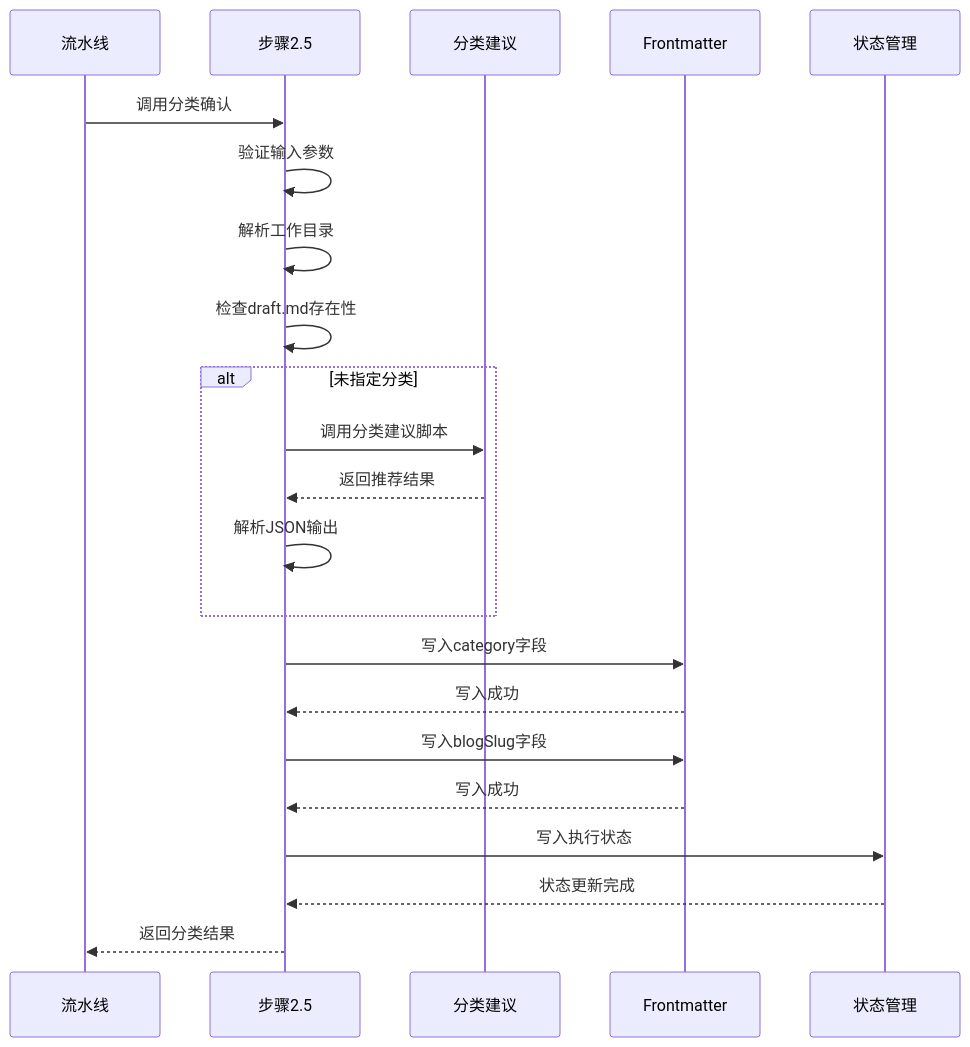
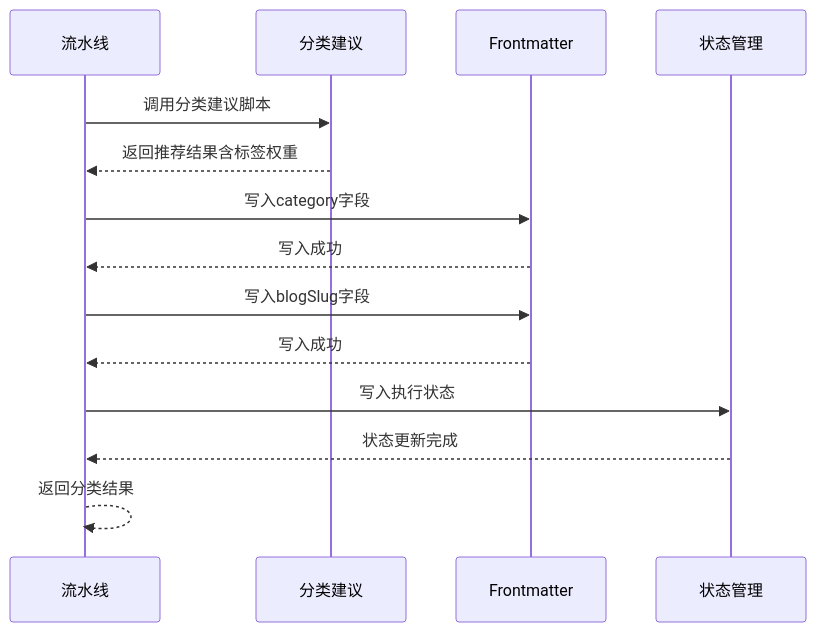
One commit to NTLx/ntlx.github.io changed the fourth of 7 diagrams in .qoder/repowiki/zh/content/AI 技能系统/发布自动化技能/微信文章写作管线/分类关键词系统.md. Above: the diagram before and after it, drawn with Mermaid. The commit also changed other lines of this file and 10 other files, not shown here.

````diff
--- a/.qoder/repowiki/zh/content/AI 技能系统/发布自动化技能/微信文章写作管线/分类关键词系统.md
+++ b/.qoder/repowiki/zh/content/AI 技能系统/发布自动化技能/微信文章写作管线/分类关键词系统.md
@@ -178,24 +193,16 @@
 ```mermaid
 sequenceDiagram
 participant Pipeline as 流水线
-participant Step25 as 步骤2.5
 participant Suggest as 分类建议
 participant Frontmatter as Frontmatter
 participant State as 状态管理
-Pipeline->>Step25 : 调用分类确认
-Step25->>Step25 : 验证输入参数
-Step25->>Step25 : 解析工作目录
-Step25->>Step25 : 检查draft.md存在性
-alt 未指定分类
-Step25->>Suggest : 调用分类建议脚本
-Suggest-->>Step25 : 返回推荐结果
-Step25->>Step25 : 解析JSON输出
-end
-Step25->>Frontmatter : 写入category字段
-Frontmatter-->>Step25 : 写入成功
-Step25->>Frontmatter : 写入blogSlug字段
-Frontmatter-->>Step25 : 写入成功
-Step25->>State : 写入执行状态
-State-->>Step25 : 状态更新完成
-Step25-->>Pipeline : 返回分类结果
+Pipeline->>Suggest : 调用分类建议脚本
+Suggest-->>Pipeline : 返回推荐结果含标签权重
+Pipeline->>Frontmatter : 写入category字段
+Frontmatter-->>Pipeline : 写入成功
+Pipeline->>Frontmatter : 写入blogSlug字段
+Frontmatter-->>Pipeline : 写入成功
+Pipeline->>State : 写入执行状态
+State-->>Pipeline : 状态更新完成
+Pipeline-->>Pipeline : 返回分类结果
 ```
````
